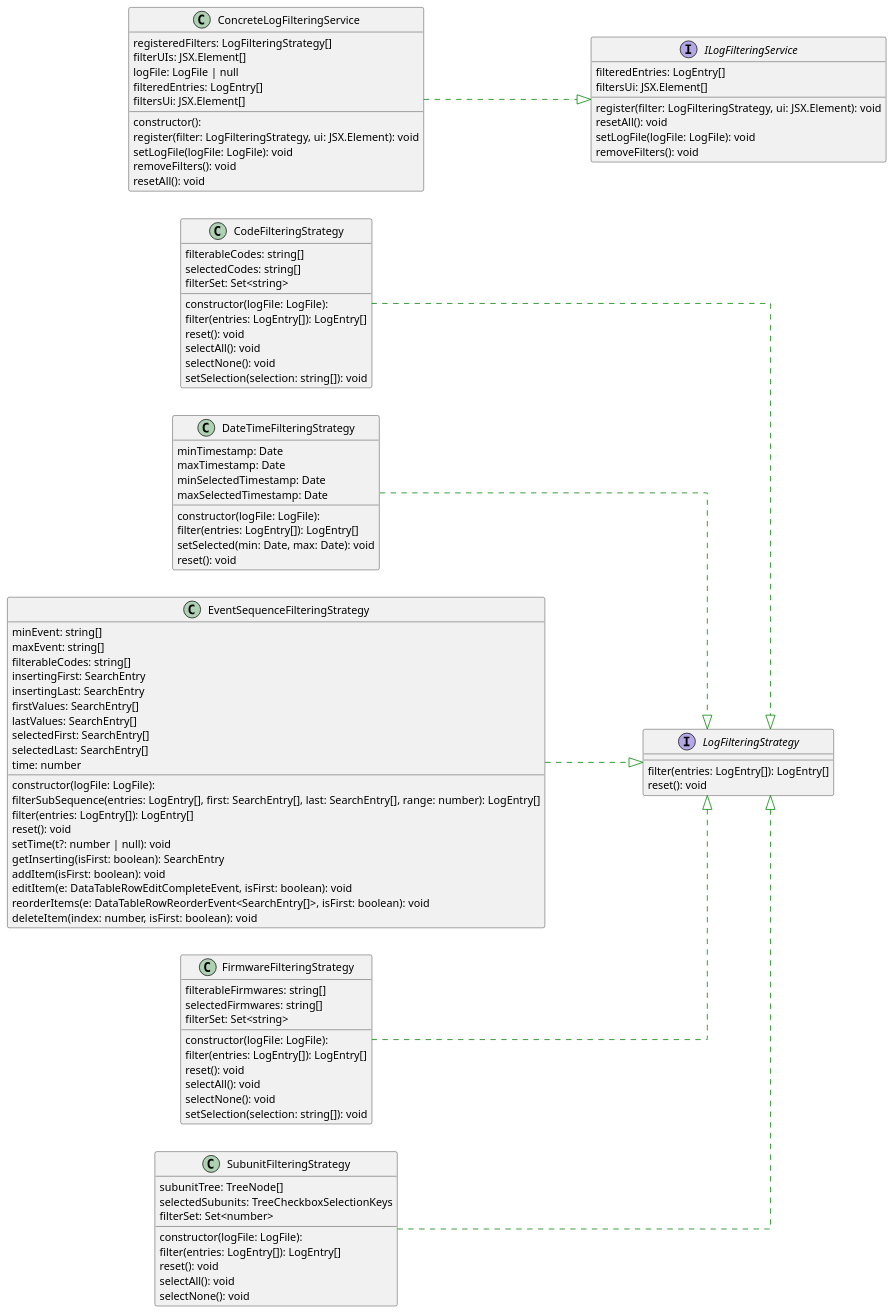
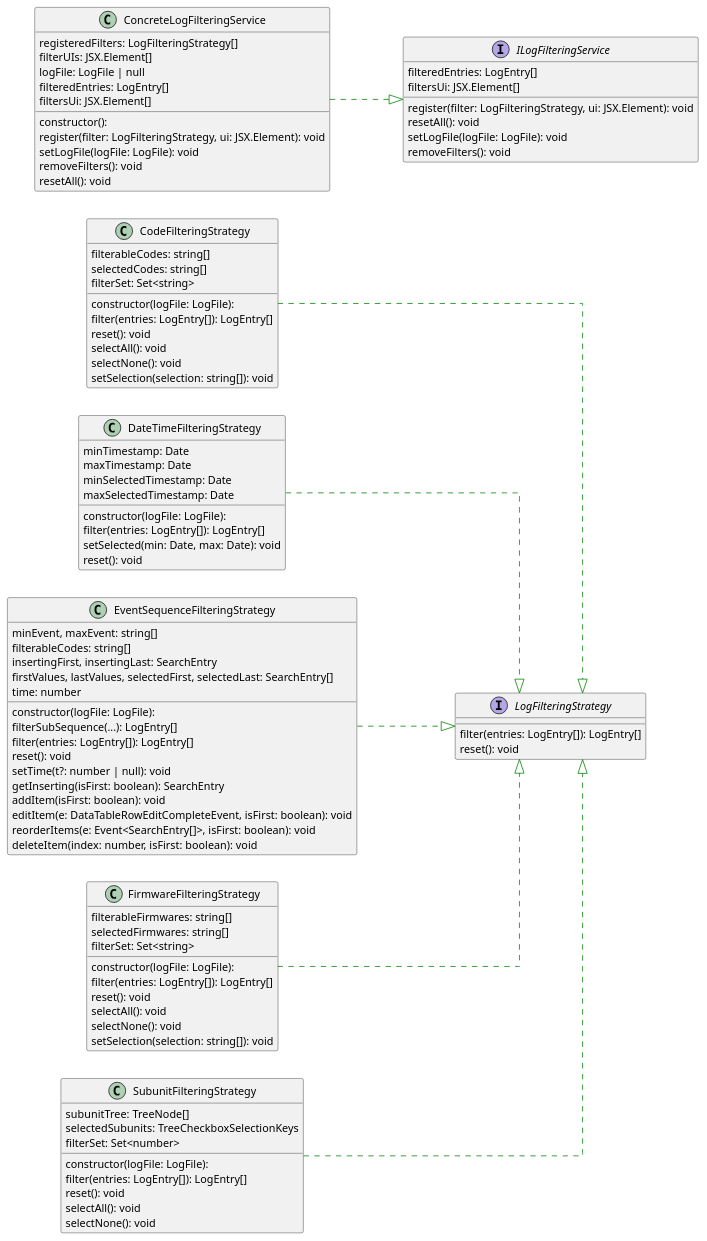
One commit to sevenelevendevunipd/docs changed the first of 13 diagrams in allegato_tecnico.md. Above: the diagram before and after it, drawn with PlantUML. The commit also changed other lines of this file, not shown here.

```diff
--- a/allegato_tecnico.md
+++ b/allegato_tecnico.md
@@ -107,92 +127,87 @@
 left to right direction
 skinparam linetype ortho
 class CodeFilteringStrategy {
-constructor(logFile: LogFile):
-filterableCodes: string[]
-selectedCodes: string[]
-filter(entries: LogEntry[]): LogEntry[]
-reset(): void
-selectAll(): void
-selectNone(): void
-setSelection(selection: string[]): void
-filterSet: Set<string>
+  constructor(logFile: LogFile):
+  filterableCodes: string[]
+  selectedCodes: string[]
+  filter(entries: LogEntry[]): LogEntry[]
+  reset(): void
+  selectAll(): void
+  selectNone(): void
+  setSelection(selection: string[]): void
+  filterSet: Set<string>
 }
 class ConcreteLogFilteringService {
-constructor():
-registeredFilters: LogFilteringStrategy[]
-filterUIs: JSX.Element[]
-logFile: LogFile | null
-register(filter: LogFilteringStrategy, ui: JSX.Element): void
-setLogFile(logFile: LogFile): void
-removeFilters(): void
-resetAll(): void
-filteredEntries: LogEntry[]
-filtersUi: JSX.Element[]
+  constructor():
+  registeredFilters: LogFilteringStrategy[]
+  filterUIs: JSX.Element[]
+  logFile: LogFile | null
+  register(filter: LogFilteringStrategy, ui: JSX.Element): void
+  setLogFile(logFile: LogFile): void
+  removeFilters(): void
+  resetAll(): void
+  filteredEntries: LogEntry[]
+  filtersUi: JSX.Element[]
 }
 class DateTimeFilteringStrategy {
-constructor(logFile: LogFile):
-minTimestamp: Date
-maxTimestamp: Date
-minSelectedTimestamp: Date
-maxSelectedTimestamp: Date
-filter(entries: LogEntry[]): LogEntry[]
-setSelected(min: Date, max: Date): void
-reset(): void
+  constructor(logFile: LogFile):
+  minTimestamp: Date
+  maxTimestamp: Date
+  minSelectedTimestamp: Date
+  maxSelectedTimestamp: Date
+  filter(entries: LogEntry[]): LogEntry[]
+  setSelected(min: Date, max: Date): void
+  reset(): void
 }
 class EventSequenceFilteringStrategy {
-constructor(logFile: LogFile):
-minEvent: string[]
-maxEvent: string[]
-filterableCodes: string[]
-insertingFirst: SearchEntry
-insertingLast: SearchEntry
-firstValues: SearchEntry[]
-lastValues: SearchEntry[]
-selectedFirst: SearchEntry[]
-selectedLast: SearchEntry[]
-time: number
-filterSubSequence(entries: LogEntry[], first: SearchEntry[], last: SearchEntry[], range: number): LogEntry[]
-filter(entries: LogEntry[]): LogEntry[]
-reset(): void
-setTime(t?: number | null): void
-getInserting(isFirst: boolean): SearchEntry
-addItem(isFirst: boolean): void
-editItem(e: DataTableRowEditCompleteEvent, isFirst: boolean): void
-reorderItems(e: DataTableRowReorderEvent<SearchEntry[]>, isFirst: boolean): void
-deleteItem(index: number, isFirst: boolean): void
+  constructor(logFile: LogFile):
+  minEvent, maxEvent: string[]
+  filterableCodes: string[]
+  insertingFirst, insertingLast: SearchEntry
+  firstValues, lastValues, selectedFirst, selectedLast: SearchEntry[]
+  time: number
+  filterSubSequence(...): LogEntry[]
+  filter(entries: LogEntry[]): LogEntry[]
+  reset(): void
+  setTime(t?: number | null): void
+  getInserting(isFirst: boolean): SearchEntry
+  addItem(isFirst: boolean): void
+  editItem(e: DataTableRowEditCompleteEvent, isFirst: boolean): void
+  reorderItems(e: Event<SearchEntry[]>, isFirst: boolean): void
+  deleteItem(index: number, isFirst: boolean): void
 }
 class FirmwareFilteringStrategy {
-constructor(logFile: LogFile):
-filterableFirmwares: string[]
-selectedFirmwares: string[]
-filter(entries: LogEntry[]): LogEntry[]
-reset(): void
-selectAll(): void
-selectNone(): void
-setSelection(selection: string[]): void
-filterSet: Set<string>
+  constructor(logFile: LogFile):
+  filterableFirmwares: string[]
+  selectedFirmwares: string[]
+  filter(entries: LogEntry[]): LogEntry[]
+  reset(): void
+  selectAll(): void
+  selectNone(): void
+  setSelection(selection: string[]): void
+  filterSet: Set<string>
 }
 Interface ILogFilteringService {
-register(filter: LogFilteringStrategy, ui: JSX.Element): void
-resetAll(): void
-setLogFile(logFile: LogFile): void
-removeFilters(): void
-filteredEntries: LogEntry[]
-filtersUi: JSX.Element[]
+  register(filter: LogFilteringStrategy, ui: JSX.Element): void
+  resetAll(): void
+  setLogFile(logFile: LogFile): void
+  removeFilters(): void
+  filteredEntries: LogEntry[]
+  filtersUi: JSX.Element[]
 }
 Interface LogFilteringStrategy {
-filter(entries: LogEntry[]): LogEntry[]
-reset(): void
+  filter(entries: LogEntry[]): LogEntry[]
+  reset(): void
 }
 class SubunitFilteringStrategy {
-constructor(logFile: LogFile):
-subunitTree: TreeNode[]
-selectedSubunits: TreeCheckboxSelectionKeys
-filter(entries: LogEntry[]): LogEntry[]
-reset(): void
-selectAll(): void
-selectNone(): void
-filterSet: Set<number>
+  constructor(logFile: LogFile):
+  subunitTree: TreeNode[]
+  selectedSubunits: TreeCheckboxSelectionKeys
+  filter(entries: LogEntry[]): LogEntry[]
+  reset(): void
+  selectAll(): void
+  selectNone(): void
+  filterSet: Set<number>
 }
 CodeFilteringStrategy           -[#008200,dashed]-^  LogFilteringStrategy
 ConcreteLogFilteringService     -[#008200,dashed]-^  ILogFilteringService
```
